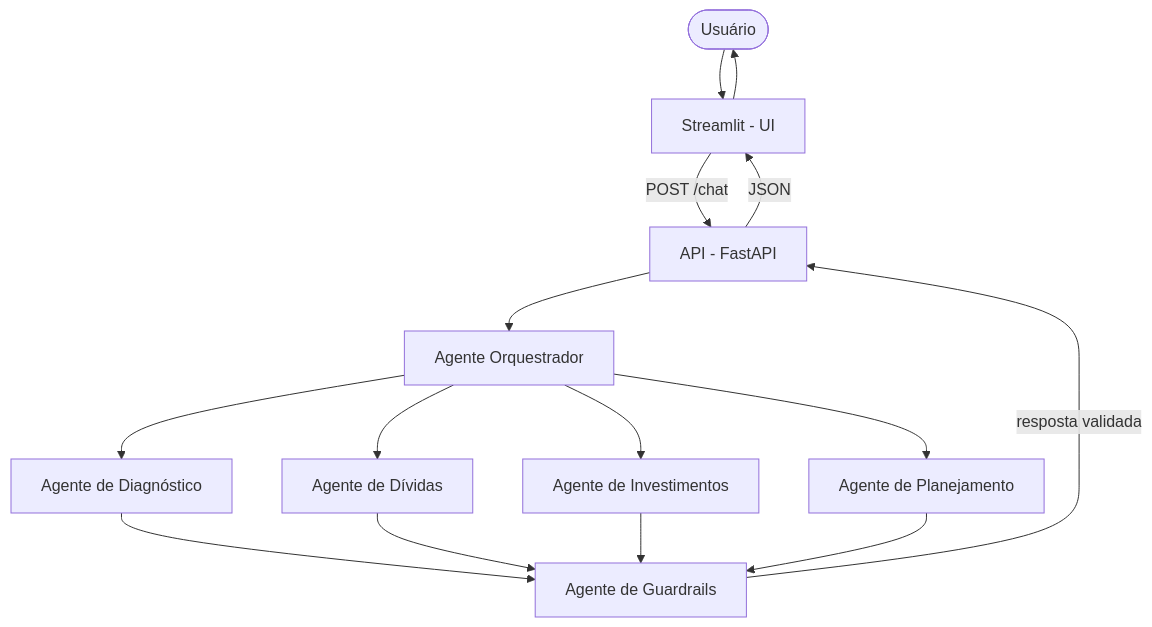
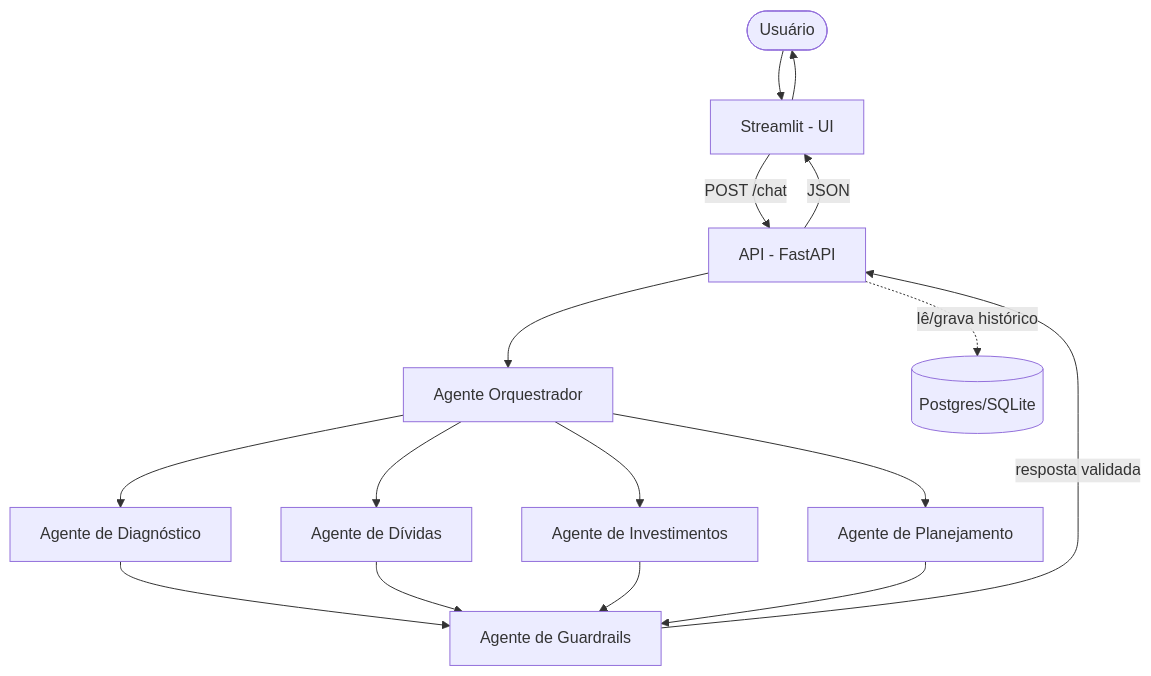
The diagram in docs/arquitetura.md (zemurillo/conselheiro-financeiro-ia), drawn with Mermaid before and after one commit. The commit also changed other lines of this file and 1 other file, not shown here.

````diff
--- a/docs/arquitetura.md
+++ b/docs/arquitetura.md
@@ -10,20 +10,22 @@
 ```mermaid
 flowchart TD
     U([Usuário]) --> S[Streamlit - UI]
     S -->|POST /chat| A[API - FastAPI]
     A --> O[Agente Orquestrador]
 
     O --> D[Agente de Diagnóstico]
     O --> V[Agente de Dívidas]
     O --> I[Agente de Investimentos]
     O --> P[Agente de Planejamento]
 
     D --> G[Agente de Guardrails]
     V --> G
     I --> G
     P --> G
 
     G -->|resposta validada| A
     A -->|JSON| S
     S --> U
+
+    A -.->|lê/grava histórico| BD[(Postgres/SQLite)]
 ```
````
